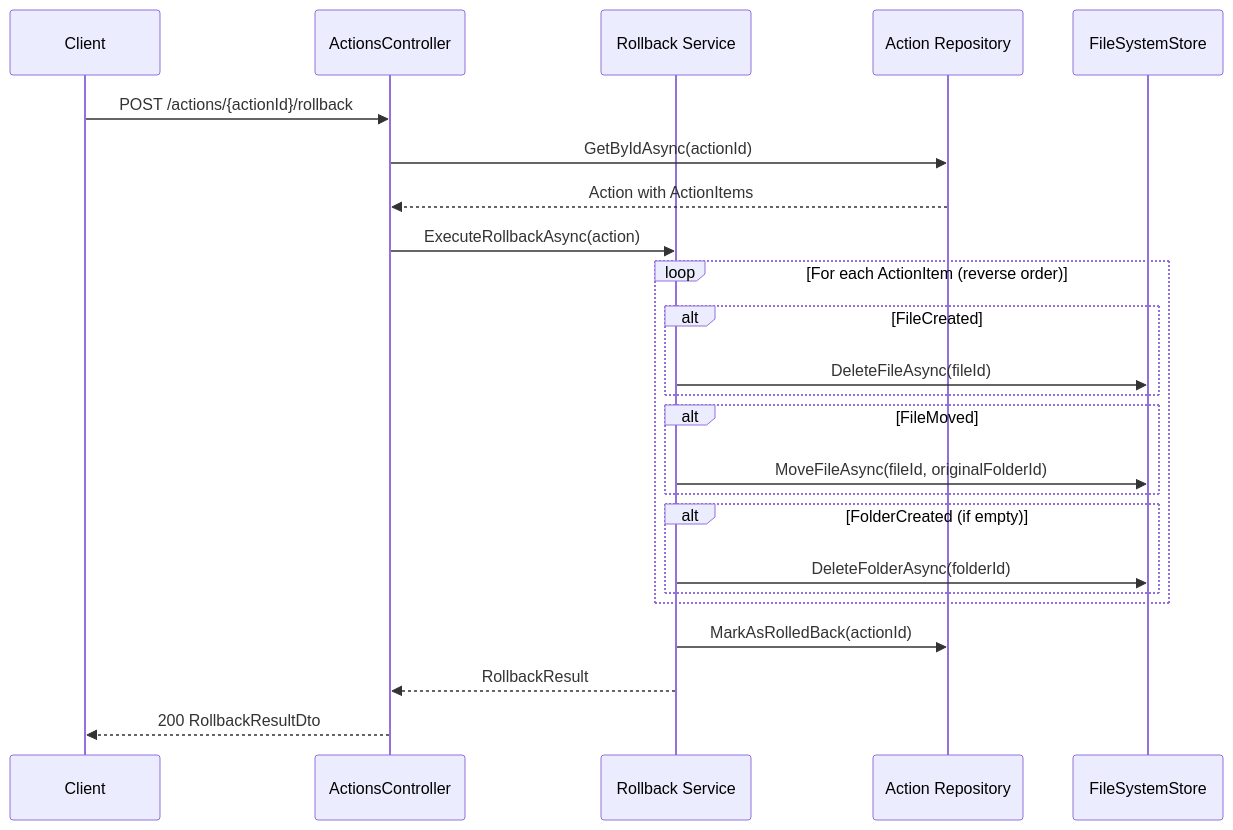
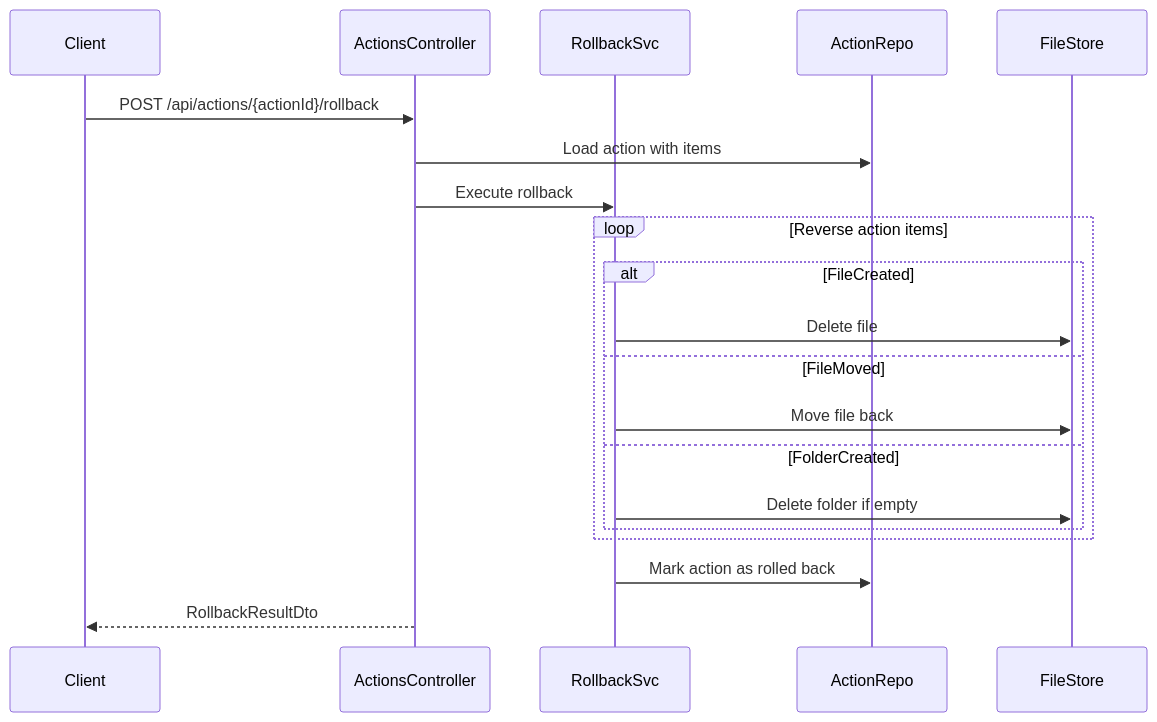
Before and after one commit to BarminGeorge/ShuKnow: the second of 4 diagrams in docs/agents/API_ARCHITECTURE.md, drawn with Mermaid. The commit also changed other lines of this file and 3 other files, not shown here.

Commit message:
docs: update openapi/asyncapi and reduce API_ARCHITECTURE content

````diff
--- a/docs/agents/API_ARCHITECTURE.md
+++ b/docs/agents/API_ARCHITECTURE.md
@@ -487,31 +87,25 @@
 ```mermaid
 sequenceDiagram
     participant Client
-    participant ActionsCtrl as ActionsController
-    participant RollbackSvc as Rollback Service
-    participant ActionRepo as Action Repository
-    participant FSS as FileSystemStore
+    participant ActionsController
+    participant RollbackSvc
+    participant ActionRepo
+    participant FileStore
 
-    Client->>ActionsCtrl: POST /actions/{actionId}/rollback
-    ActionsCtrl->>ActionRepo: GetByIdAsync(actionId)
-    ActionRepo-->>ActionsCtrl: Action with ActionItems
+    Client->>ActionsController: POST /api/actions/{actionId}/rollback
+    ActionsController->>ActionRepo: Load action with items
+    ActionsController->>RollbackSvc: Execute rollback
 
-    ActionsCtrl->>RollbackSvc: ExecuteRollbackAsync(action)
-
-    loop For each ActionItem (reverse order)
+    loop Reverse action items
         alt FileCreated
-            RollbackSvc->>FSS: DeleteFileAsync(fileId)
-        end
-        alt FileMoved
-            RollbackSvc->>FSS: MoveFileAsync(fileId, originalFolderId)
-        end
-        alt FolderCreated (if empty)
-            RollbackSvc->>FSS: DeleteFolderAsync(folderId)
+            RollbackSvc->>FileStore: Delete file
+        else FileMoved
+            RollbackSvc->>FileStore: Move file back
+        else FolderCreated
+            RollbackSvc->>FileStore: Delete folder if empty
         end
     end
 
-    RollbackSvc->>ActionRepo: MarkAsRolledBack(actionId)
-    RollbackSvc-->>ActionsCtrl: RollbackResult
-
-    ActionsCtrl-->>Client: 200 RollbackResultDto
+    RollbackSvc->>ActionRepo: Mark action as rolled back
+    ActionsController-->>Client: RollbackResultDto
 ```
````
